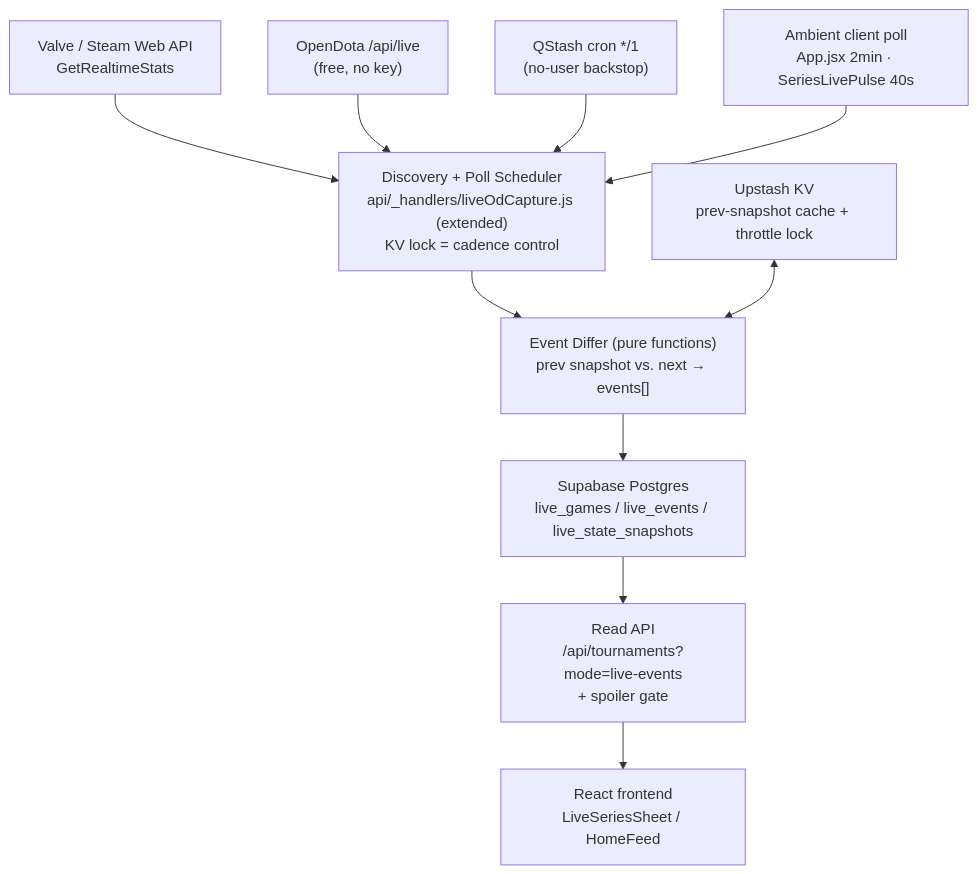
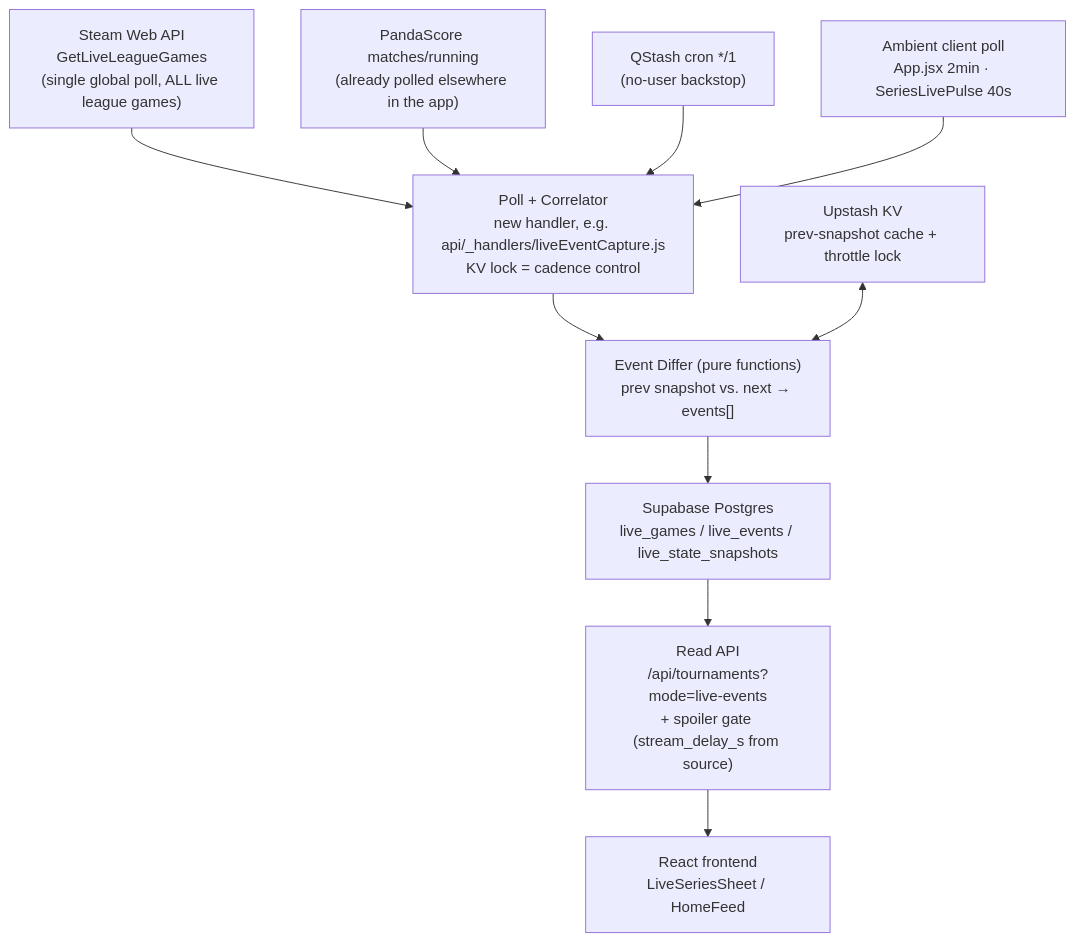
Before and after one commit to parthchoksi7/dota-match-finder: the first of 2 diagrams in .claude/specs/live-ingestion-investigation.md, drawn with Mermaid. The commit also changed other lines of this file and 22 other files, not shown here.

````diff
--- a/.claude/specs/live-ingestion-investigation.md
+++ b/.claude/specs/live-ingestion-investigation.md
@@ -469,12 +525,12 @@
 ```mermaid
 flowchart TD
-    A["Valve / Steam Web API<br/>GetRealtimeStats"] --> C
-    B["OpenDota /api/live<br/>(free, no key)"] --> C
-    C["Discovery + Poll Scheduler<br/>api/_handlers/liveOdCapture.js (extended)<br/>KV lock = cadence control"] --> D
+    A["Steam Web API<br/>GetLiveLeagueGames<br/>(single global poll, ALL live league games)"] --> C
+    B["PandaScore matches/running<br/>(already polled elsewhere in the app)"] --> C
+    C["Poll + Correlator<br/>new handler, e.g. api/_handlers/liveEventCapture.js<br/>KV lock = cadence control"] --> D
     D["Event Differ (pure functions)<br/>prev snapshot vs. next → events[]"] --> E
     E["Supabase Postgres<br/>live_games / live_events / live_state_snapshots"] --> F
-    F["Read API<br/>/api/tournaments?mode=live-events<br/>+ spoiler gate"] --> G["React frontend<br/>LiveSeriesSheet / HomeFeed"]
+    F["Read API<br/>/api/tournaments?mode=live-events<br/>+ spoiler gate (stream_delay_s from source)"] --> G["React frontend<br/>LiveSeriesSheet / HomeFeed"]
     H["QStash cron */1<br/>(no-user backstop)"] --> C
     I["Ambient client poll<br/>App.jsx 2min · SeriesLivePulse 40s"] --> C
     J["Upstash KV<br/>prev-snapshot cache + throttle lock"] <--> D
 ```
````
